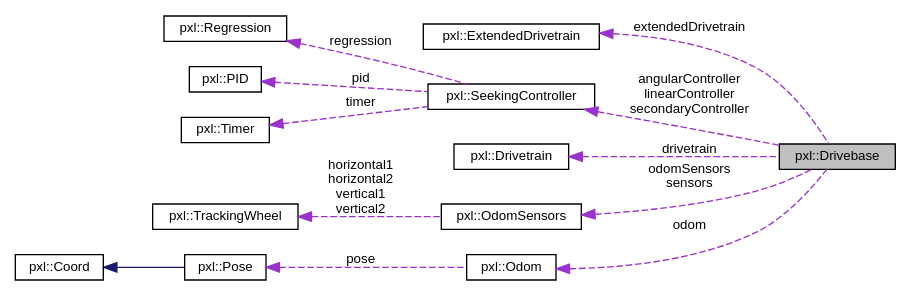
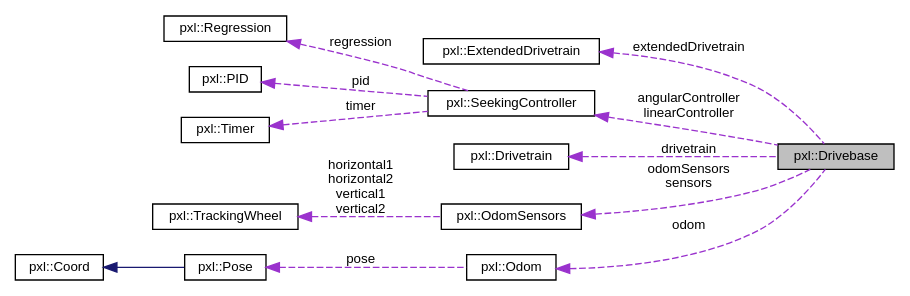
The diagram in classpxl_1_1Drivebase__coll__graph.dot (Pixel-Lib/Pixel), drawn with Graphviz before and after one commit. The commit also changed 159 other files, not shown here.

```diff
--- a/classpxl_1_1Drivebase__coll__graph.dot
+++ b/classpxl_1_1Drivebase__coll__graph.dot
@@ -1,30 +1,30 @@
 digraph "pxl::Drivebase"
 {
  // LATEX_PDF_SIZE
   edge [fontname="Helvetica",fontsize="10",labelfontname="Helvetica",labelfontsize="10"];
   node [fontname="Helvetica",fontsize="10",shape=record];
   rankdir="LR";
   Node1 [label="pxl::Drivebase",height=0.2,width=0.4,color="black", fillcolor="grey75", style="filled", fontcolor="black",tooltip="The Drivebase class represents the base of a robot's drivetrain."];
   Node2 -> Node1 [dir="back",color="darkorchid3",fontsize="10",style="dashed",label=" extendedDrivetrain" ,fontname="Helvetica"];
   Node2 [label="pxl::ExtendedDrivetrain",height=0.2,width=0.4,color="black", fillcolor="white", style="filled",URL="$classpxl_1_1ExtendedDrivetrain.html",tooltip=" "];
-  Node3 -> Node1 [dir="back",color="darkorchid3",fontsize="10",style="dashed",label=" angularController\nlinearController\nsecondaryController" ,fontname="Helvetica"];
+  Node3 -> Node1 [dir="back",color="darkorchid3",fontsize="10",style="dashed",label=" angularController\nlinearController" ,fontname="Helvetica"];
   Node3 [label="pxl::SeekingController",height=0.2,width=0.4,color="black", fillcolor="white", style="filled",URL="$classpxl_1_1SeekingController.html",tooltip="The SeekingController class represents a controller used for seeking a target value."];
   Node4 -> Node3 [dir="back",color="darkorchid3",fontsize="10",style="dashed",label=" regression" ,fontname="Helvetica"];
   Node4 [label="pxl::Regression",height=0.2,width=0.4,color="black", fillcolor="white", style="filled",URL="$classpxl_1_1Regression.html",tooltip="A class that performs regression analysis on a set of points."];
   Node5 -> Node3 [dir="back",color="darkorchid3",fontsize="10",style="dashed",label=" pid" ,fontname="Helvetica"];
   Node5 [label="pxl::PID",height=0.2,width=0.4,color="black", fillcolor="white", style="filled",URL="$classpxl_1_1PID.html",tooltip="A class representing a Proportional-Integral-Derivative (PID) controller."];
   Node6 -> Node3 [dir="back",color="darkorchid3",fontsize="10",style="dashed",label=" timer" ,fontname="Helvetica"];
   Node6 [label="pxl::Timer",height=0.2,width=0.4,color="black", fillcolor="white", style="filled",URL="$classpxl_1_1Timer.html",tooltip=" "];
   Node7 -> Node1 [dir="back",color="darkorchid3",fontsize="10",style="dashed",label=" drivetrain" ,fontname="Helvetica"];
   Node7 [label="pxl::Drivetrain",height=0.2,width=0.4,color="black", fillcolor="white", style="filled",URL="$classpxl_1_1Drivetrain.html",tooltip="Represents a drivetrain for a robot."];
   Node8 -> Node1 [dir="back",color="darkorchid3",fontsize="10",style="dashed",label=" odomSensors\nsensors" ,fontname="Helvetica"];
   Node8 [label="pxl::OdomSensors",height=0.2,width=0.4,color="black", fillcolor="white", style="filled",URL="$structpxl_1_1OdomSensors.html",tooltip=" "];
   Node9 -> Node8 [dir="back",color="darkorchid3",fontsize="10",style="dashed",label=" horizontal1\nhorizontal2\nvertical1\nvertical2" ,fontname="Helvetica"];
   Node9 [label="pxl::TrackingWheel",height=0.2,width=0.4,color="black", fillcolor="white", style="filled",URL="$classpxl_1_1TrackingWheel.html",tooltip="Represents a tracking wheel used for measuring distance traveled by a robot."];
   Node10 -> Node1 [dir="back",color="darkorchid3",fontsize="10",style="dashed",label=" odom" ,fontname="Helvetica"];
   Node10 [label="pxl::Odom",height=0.2,width=0.4,color="black", fillcolor="white", style="filled",URL="$classpxl_1_1Odom.html",tooltip="The Odom class represents an odometry system that tracks the robot's position and orientation."];
   Node11 -> Node10 [dir="back",color="darkorchid3",fontsize="10",style="dashed",label=" pose" ,fontname="Helvetica"];
   Node11 [label="pxl::Pose",height=0.2,width=0.4,color="black", fillcolor="white", style="filled",URL="$classpxl_1_1Pose.html",tooltip="The Pose class contains classes and functions related to (x, y, theta) coordinates."];
   Node12 -> Node11 [dir="back",color="midnightblue",fontsize="10",style="solid",fontname="Helvetica"];
   Node12 [label="pxl::Coord",height=0.2,width=0.4,color="black", fillcolor="white", style="filled",URL="$classpxl_1_1Coord.html",tooltip="Represents a coordinate in 2D space."];
 }
```
